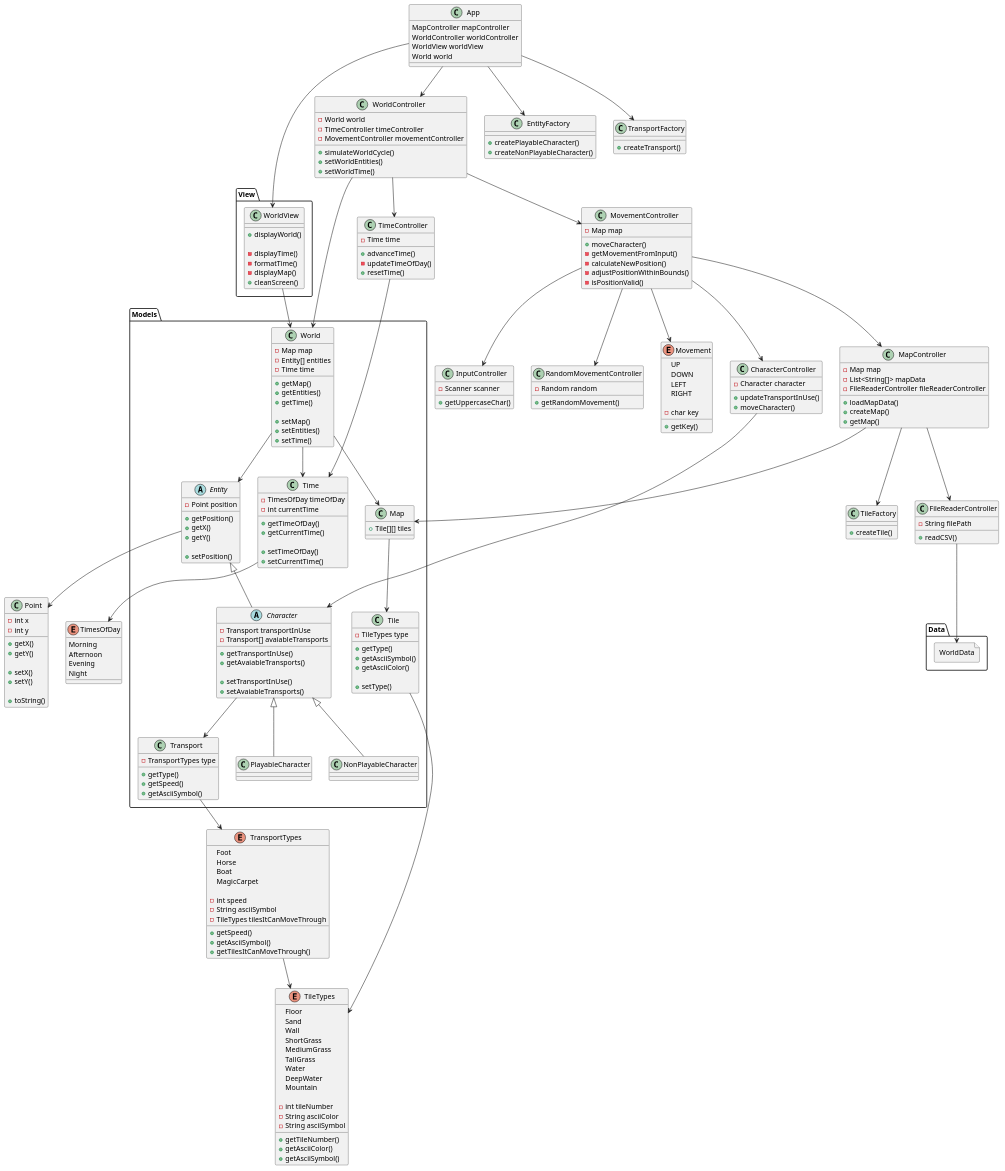
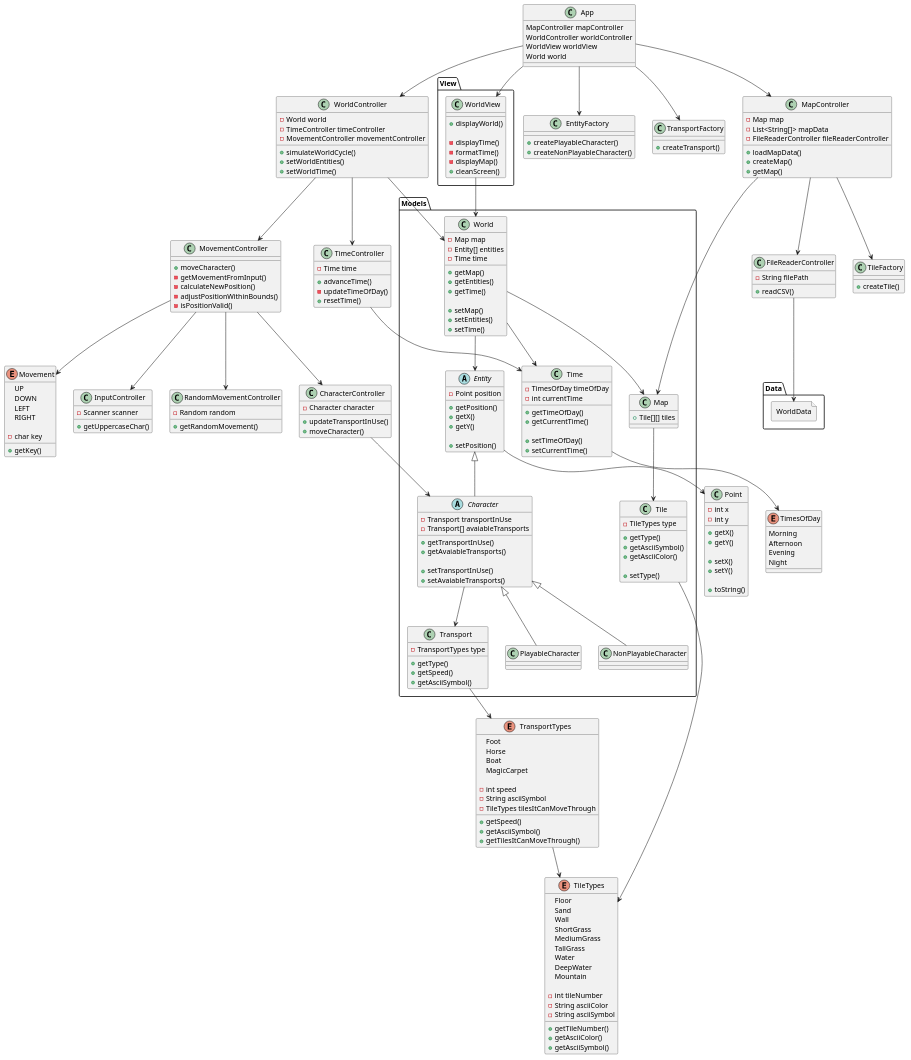
One commit to mmasias/23-24-IdSw2-SDD changed the diagram in docs/modelosUML/diagramaDeAplicacion.puml. Above: the diagram before and after it, drawn with PlantUML. The commit also changed 13 other files, not shown here.

Commit message:
feat: Created Unit Tests and Fixed Practical Class Diagram

```diff
--- a/docs/modelosUML/diagramaDeAplicacion.puml
+++ b/docs/modelosUML/diagramaDeAplicacion.puml
@@ -191,8 +191,6 @@
 }
 
 class MovementController {
-    - Map map
-
     + moveCharacter()
     - getMovementFromInput()
     - calculateNewPosition()
@@ -262,7 +260,6 @@
 MovementController --> InputController
 MovementController --> RandomMovementController
 MovementController --> CharacterController
-MovementController --> MapController
 CharacterController --> Character
 MapController --> Map
 MapController --> FileReaderController
@@ -277,5 +274,6 @@
 App --> WorldView
 App --> EntityFactory
 App --> TransportFactory
+App --> MapController
 
 @enduml
```
